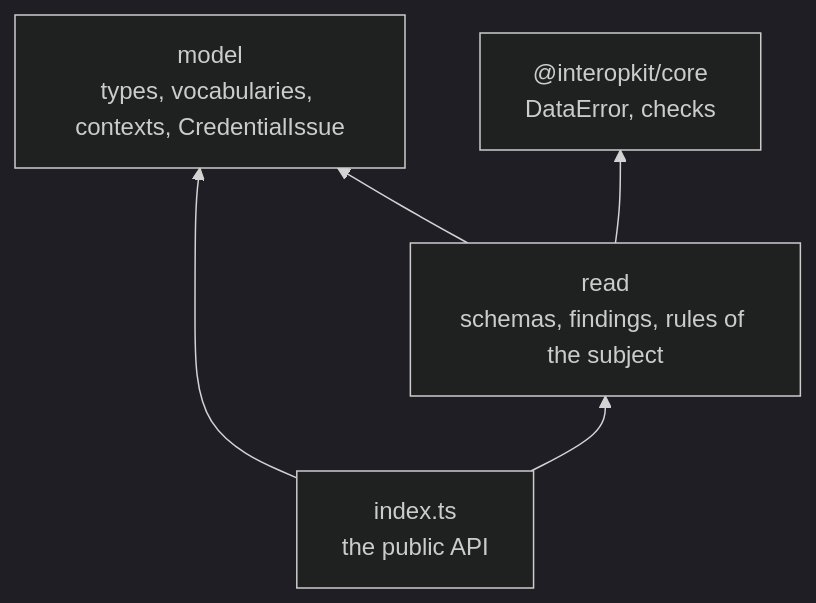
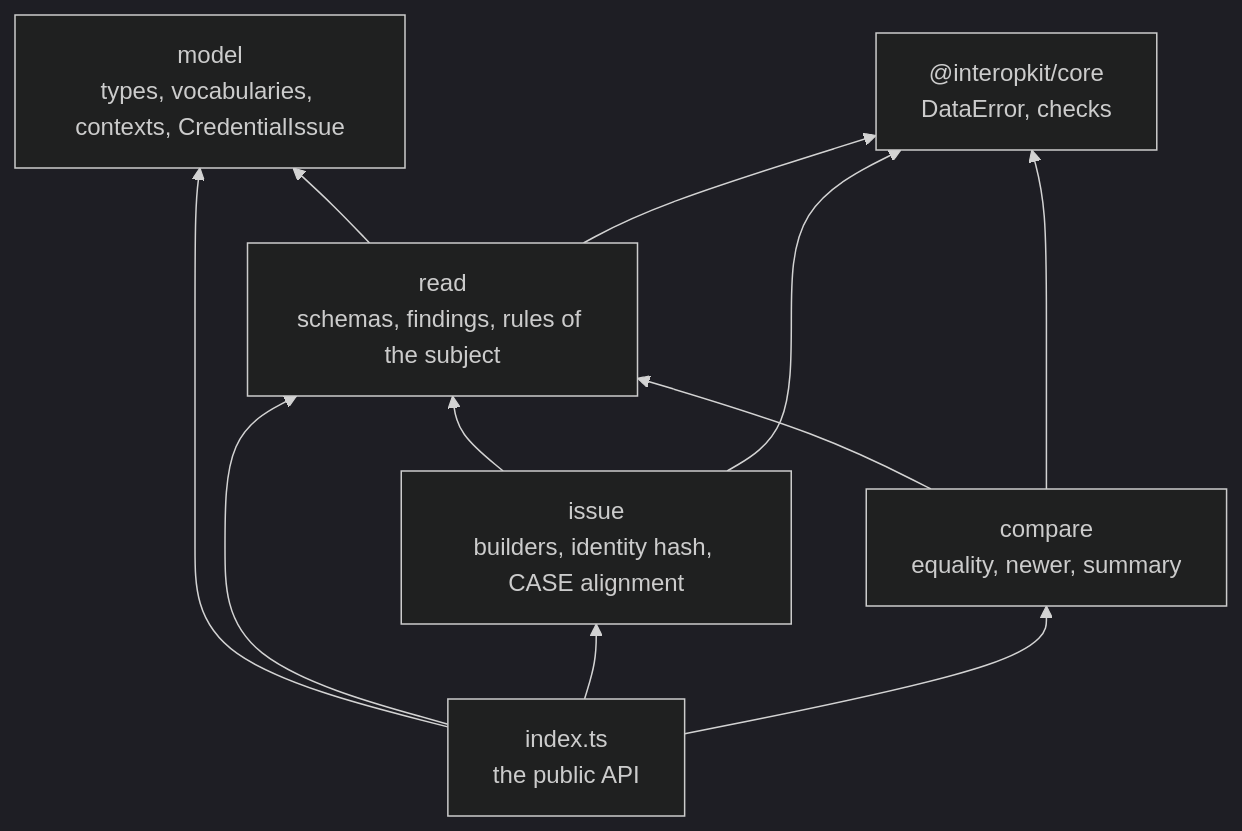
The first of 2 diagrams in docs/achievement-credentials/architecture.md (interopkit/interopkit), drawn with Mermaid (dark theme) before and after one commit. The commit also changed other lines of this file and 40 other files, not shown here.

First line of the commit message:
Add builders, identity hashes, comparison and summaries to achievement-credentials

````diff
--- a/docs/achievement-credentials/architecture.md
+++ b/docs/achievement-credentials/architecture.md
@@ -7,11 +8,19 @@
 ```mermaid
 flowchart BT
   core["@interopkit/core<br/>DataError, checks"]
   model["model<br/>types, vocabularies, contexts, CredentialIssue"]
   read["read<br/>schemas, findings, rules of the subject"]
+  issue["issue<br/>builders, identity hash, CASE alignment"]
+  compare["compare<br/>equality, newer, summary"]
   root["index.ts<br/>the public API"]
   read --> model
   read --> core
+  issue --> read
+  issue --> core
+  compare --> read
+  compare --> core
   root --> model
   root --> read
+  root --> issue
+  root --> compare
 ```
````
